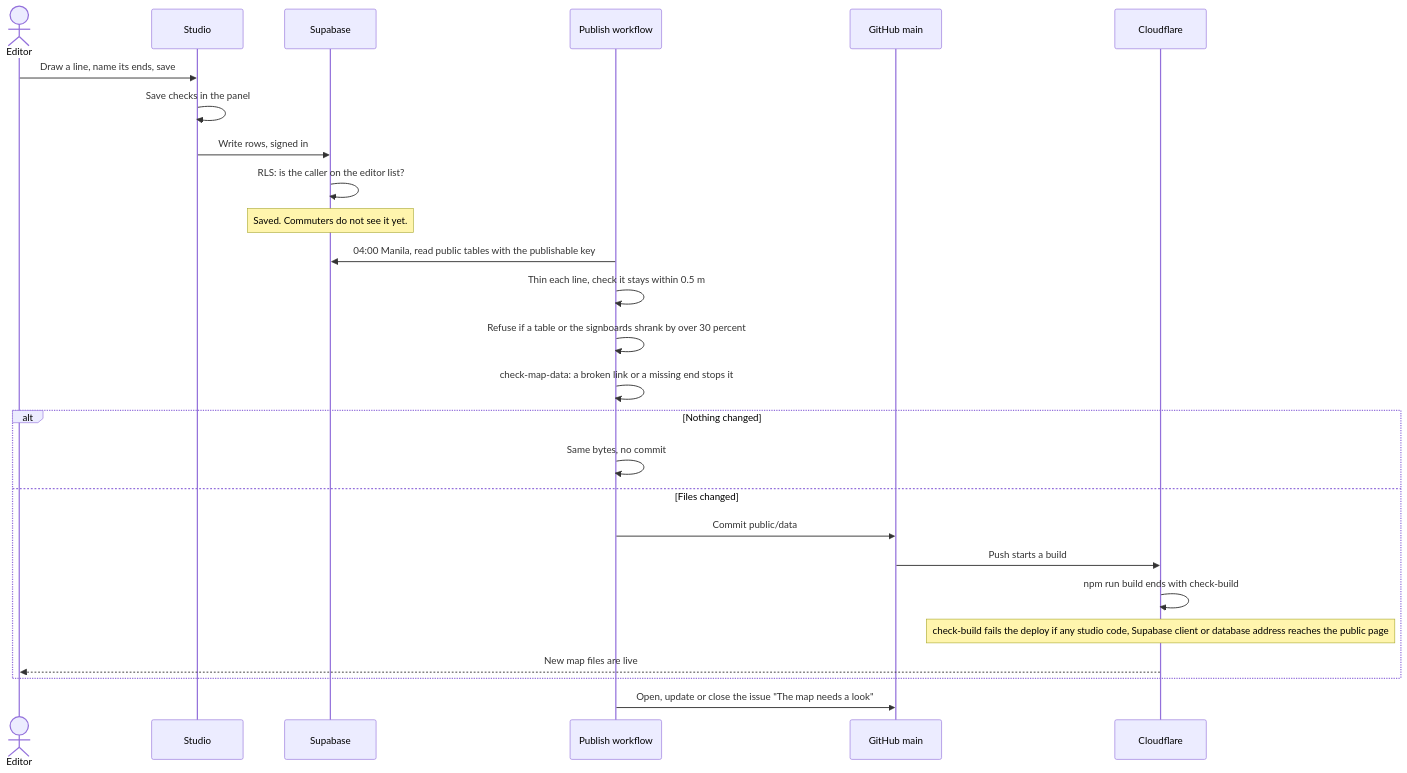
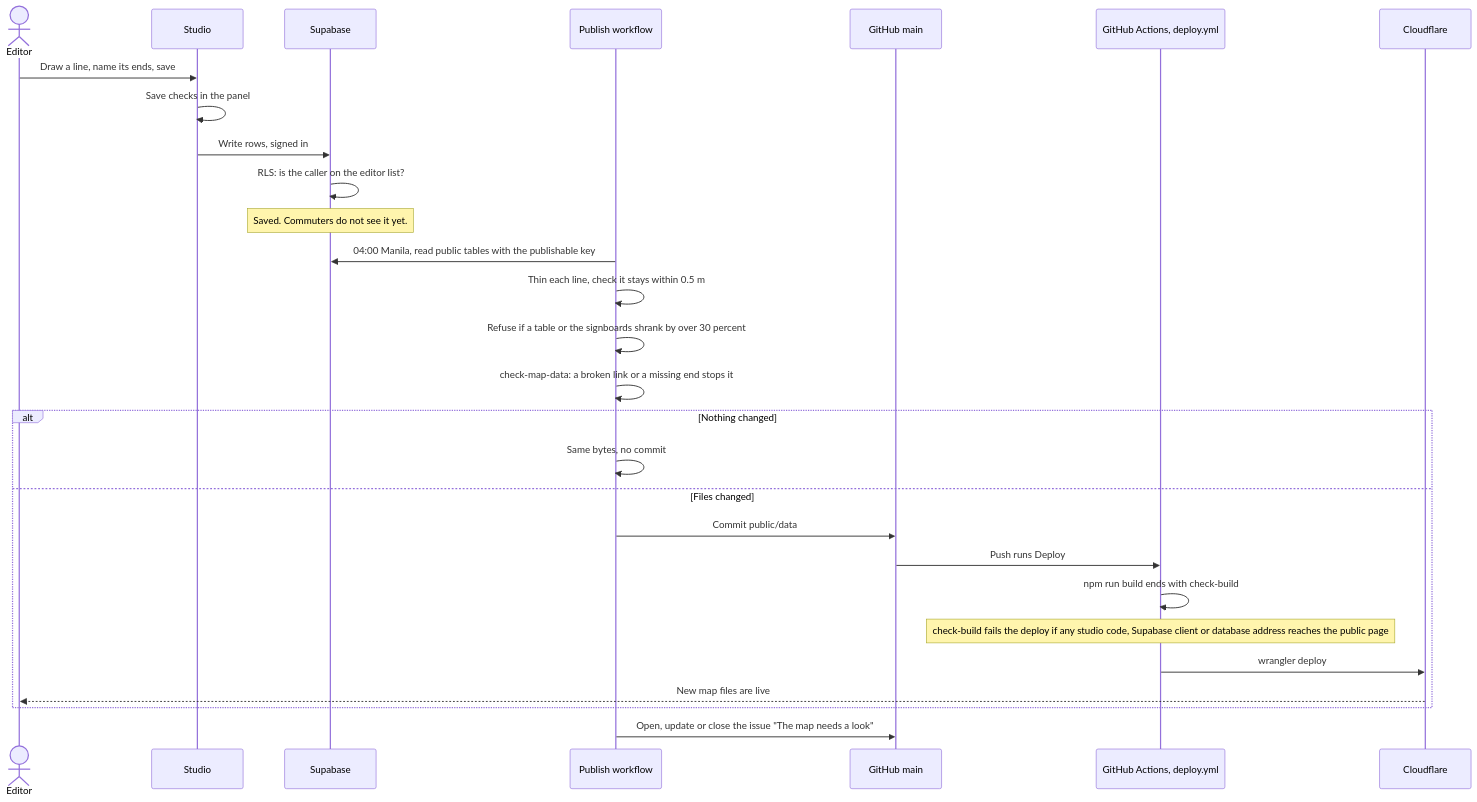
The second of 3 diagrams in docs/system-design.md (ParaOrg/Para), drawn with Mermaid before and after one commit. The commit also changed other lines of this file and 9 other files, not shown here.

First line of the commit message:
docs: match today's deploys, basemap, studio folders and draft flow

````diff
--- a/docs/system-design.md
+++ b/docs/system-design.md
@@ -48,29 +48,31 @@
 ```mermaid
 sequenceDiagram
   actor E as Editor
   participant S as Studio
   participant DB as Supabase
   participant P as Publish workflow
   participant G as GitHub main
+  participant A as GitHub Actions, deploy.yml
   participant CF as Cloudflare
 
   E->>S: Draw a line, name its ends, save
   S->>S: Save checks in the panel
   S->>DB: Write rows, signed in
   DB->>DB: RLS: is the caller on the editor list?
   Note over DB: Saved. Commuters do not see it yet.
   P->>DB: 04:00 Manila, read public tables with the publishable key
   P->>P: Thin each line, check it stays within 0.5 m
   P->>P: Refuse if a table or the signboards shrank by over 30 percent
   P->>P: check-map-data: a broken link or a missing end stops it
   alt Nothing changed
     P->>P: Same bytes, no commit
   else Files changed
     P->>G: Commit public/data
-    G->>CF: Push starts a build
-    CF->>CF: npm run build ends with check-build
-    Note over CF: check-build fails the deploy if any studio code, Supabase client or database address reaches the public page
+    G->>A: Push runs Deploy
+    A->>A: npm run build ends with check-build
+    Note over A: check-build fails the deploy if any studio code, Supabase client or database address reaches the public page
+    A->>CF: wrangler deploy
     CF-->>E: New map files are live
   end
   P->>G: Open, update or close the issue "The map needs a look"
 ```
````
